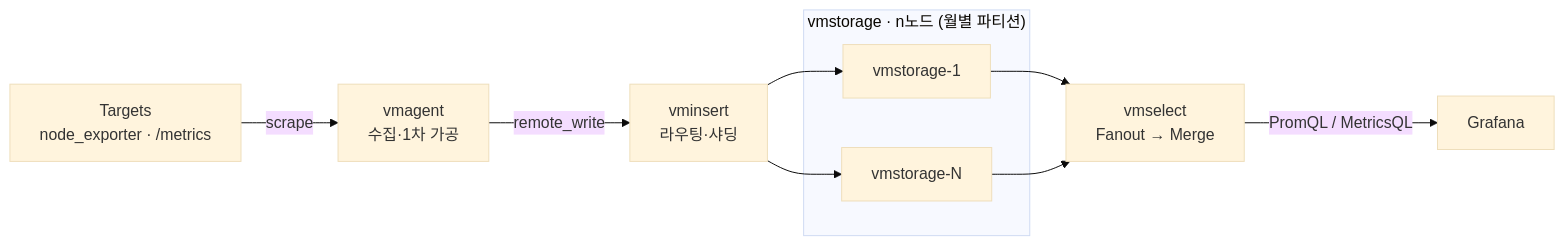
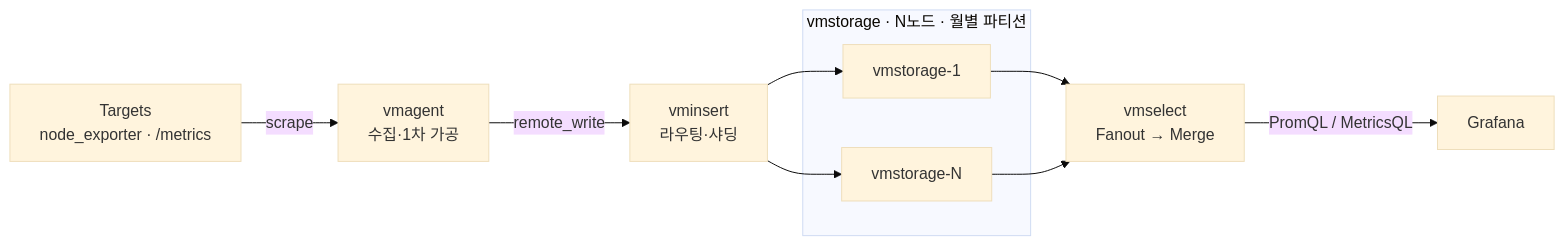
One commit to idoyo7/study-hugo changed the first of 3 diagrams in content/monitoring/victoriametrics/by-source/03-2026-06-inside-victoriametrics.md. Above: the diagram before and after it, drawn with Mermaid (base theme). The commit also changed other lines of this file and 3 other files, not shown here.

First line of the commit message:
docs(victoriametrics): by-source 다이어그램 5종 추가 + 문체 정제(Codex 교차검증)

````diff
--- a/content/monitoring/victoriametrics/by-source/03-2026-06-inside-victoriametrics.md
+++ b/content/monitoring/victoriametrics/by-source/03-2026-06-inside-victoriametrics.md
@@ -35,14 +35,14 @@
 ```mermaid
 flowchart LR
   T["Targets<br/>node_exporter · /metrics"] -->|scrape| A["vmagent<br/>수집·1차 가공"]
   A -->|remote_write| I["vminsert<br/>라우팅·샤딩"]
-  subgraph VS["vmstorage · n노드 (월별 파티션)"]
+  subgraph VS["vmstorage · N노드 · 월별 파티션"]
     S1["vmstorage-1"]
     S2["vmstorage-N"]
   end
   I --> S1
   I --> S2
   S1 --> Q["vmselect<br/>Fanout → Merge"]
   S2 --> Q
   Q -->|PromQL / MetricsQL| G["Grafana"]
 ```
````
